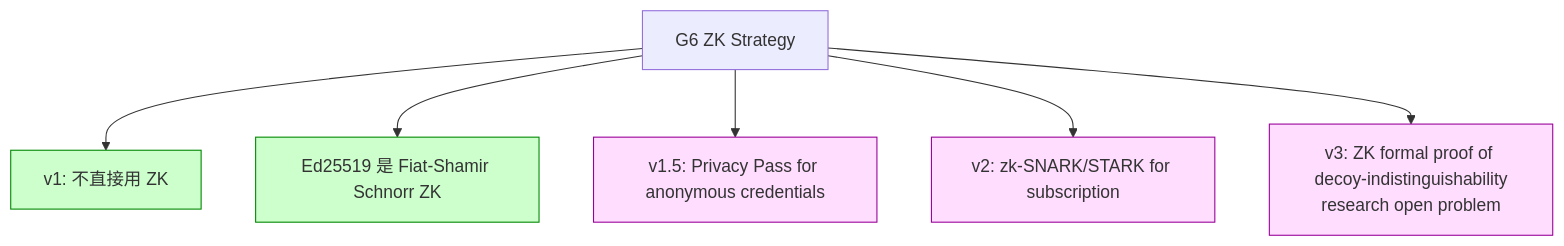
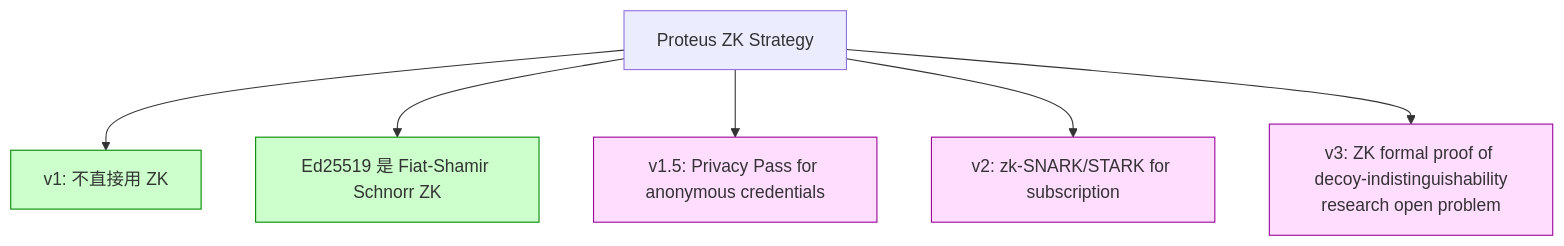
The third of 3 diagrams in lessons/part-3-cryptography/3.10-zero-knowledge.md (Icarus603/network-from-scratch), drawn with Mermaid before and after one commit. The commit also changed other lines of this file and 300 other files, not shown here.

````diff
--- a/lessons/part-3-cryptography/3.10-zero-knowledge.md
+++ b/lessons/part-3-cryptography/3.10-zero-knowledge.md
@@ -340,12 +340,12 @@
 ```mermaid
 flowchart TD
     classDef now fill:#cfc,stroke:#080
     classDef future fill:#fdf,stroke:#909
 
-    G6ZK[G6 ZK Strategy]
-    G6ZK --> Now[v1: 不直接用 ZK]:::now
-    G6ZK --> Implicit[Ed25519 是 Fiat-Shamir Schnorr ZK]:::now
-    G6ZK --> v1_5[v1.5: Privacy Pass for anonymous credentials]:::future
-    G6ZK --> v2[v2: zk-SNARK/STARK for subscription]:::future
-    G6ZK --> v3[v3: ZK formal proof of decoy-indistinguishability<br/>research open problem]:::future
+    ProteusZK[Proteus ZK Strategy]
+    ProteusZK --> Now[v1: 不直接用 ZK]:::now
+    ProteusZK --> Implicit[Ed25519 是 Fiat-Shamir Schnorr ZK]:::now
+    ProteusZK --> v1_5[v1.5: Privacy Pass for anonymous credentials]:::future
+    ProteusZK --> v2[v2: zk-SNARK/STARK for subscription]:::future
+    ProteusZK --> v3[v3: ZK formal proof of decoy-indistinguishability<br/>research open problem]:::future
 ```
````
